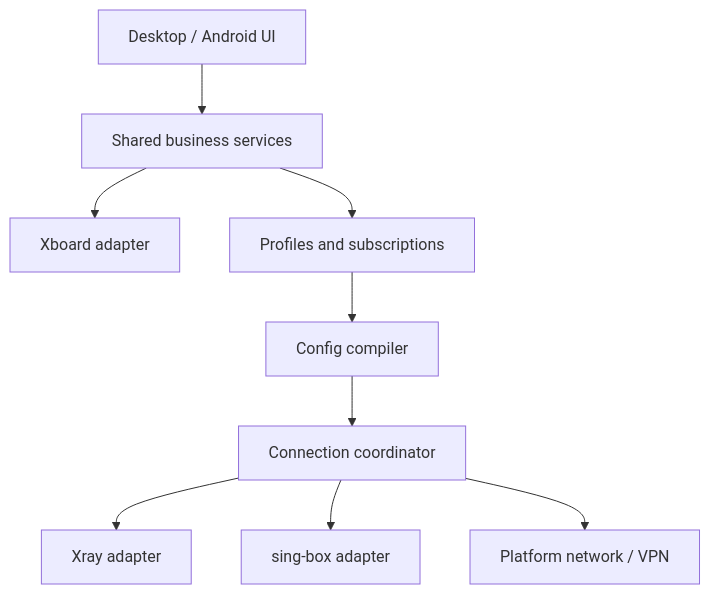
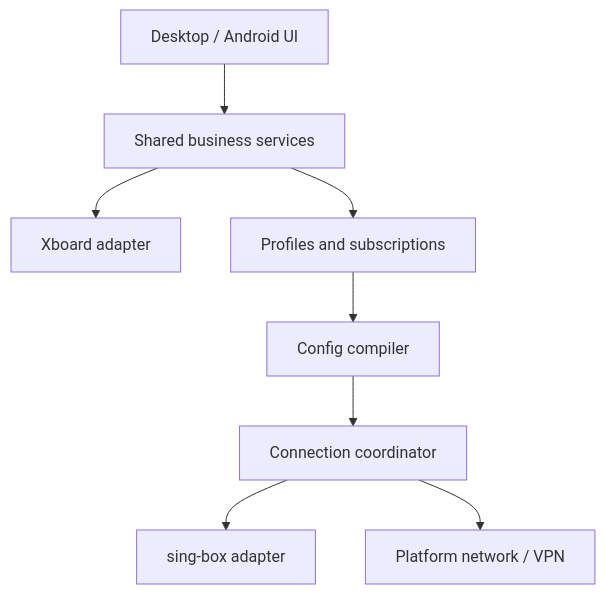
One commit to l-c01/app_cloud changed the diagram in design/DESIGN.zh-CN.md. Above: the diagram before and after it, drawn with Mermaid. The commit also changed other lines of this file and 26 other files, not shown here.

````diff
--- a/design/DESIGN.zh-CN.md
+++ b/design/DESIGN.zh-CN.md
@@ -91,11 +91,10 @@
 ```mermaid
 flowchart TD
   UI["Desktop / Android UI"] --> B["Shared business services"]
   B --> P["Xboard adapter"]
   B --> R["Profiles and subscriptions"]
   R --> C["Config compiler"]
   C --> O["Connection coordinator"]
-  O --> X["Xray adapter"]
   O --> S["sing-box adapter"]
   O --> N["Platform network / VPN"]
 ```
````
